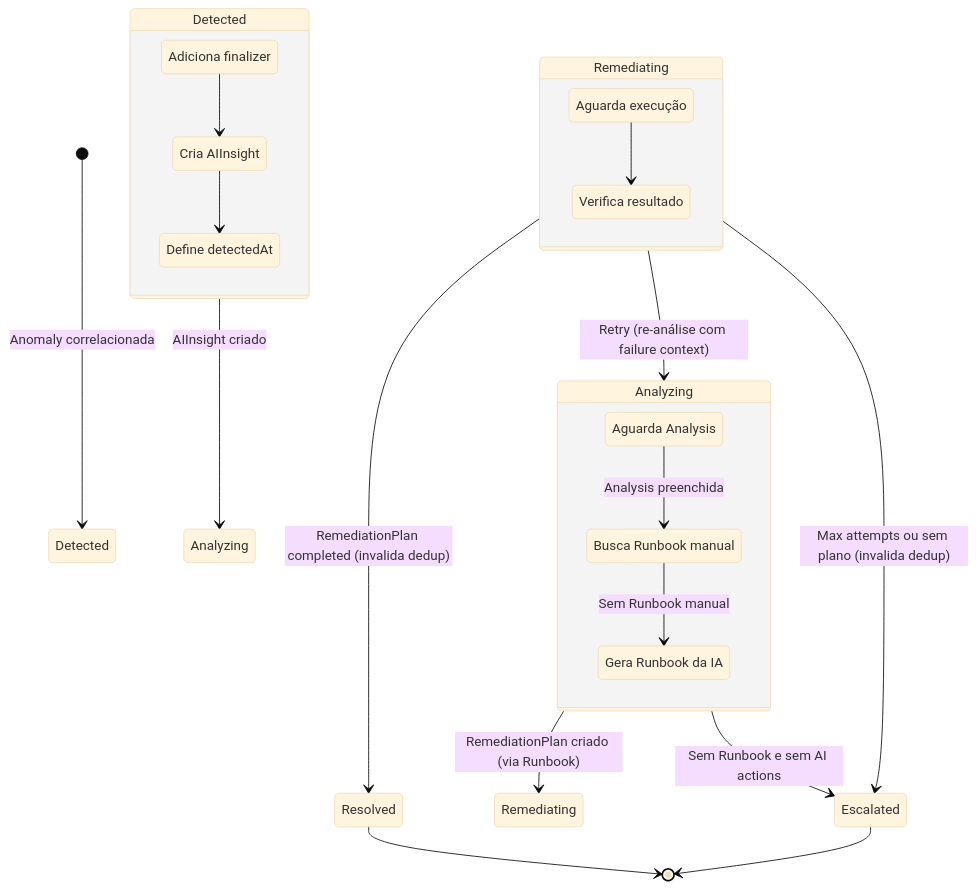
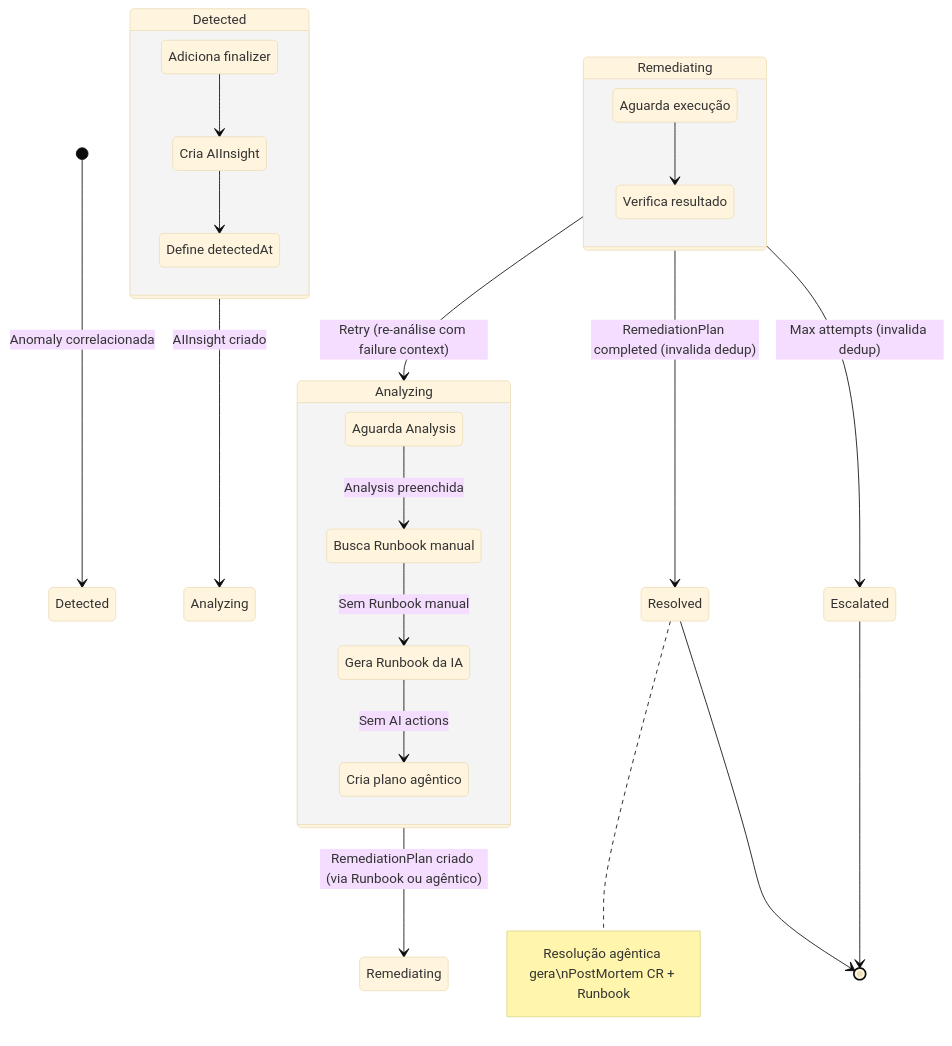
One commit to diillson/chatcli changed the second of 3 diagrams in ghpages/content/docs/features/aiops-platform.md. Above: the diagram before and after it, drawn with Mermaid (base theme). The commit also changed other lines of this file and 24 other files, not shown here.

First line of the commit message:
feat(operator): add agentic AI remediation and PostMortem CRD

````diff
--- a/ghpages/content/docs/features/aiops-platform.md
+++ b/ghpages/content/docs/features/aiops-platform.md
@@ -179,38 +194,41 @@
 ```mermaid
 stateDiagram-v2
     [*] --> Detected : Anomaly correlacionada
 
     state "Detected" as D {
         state "Adiciona finalizer" as D1
         state "Cria AIInsight" as D2
         state "Define detectedAt" as D3
         D1 --> D2
         D2 --> D3
     }
 
     D --> Analyzing : AIInsight criado
 
     state "Analyzing" as A {
         state "Aguarda Analysis" as A1
         state "Busca Runbook manual" as A2
         state "Gera Runbook da IA" as A3
+        state "Cria plano agêntico" as A4
         A1 --> A2 : Analysis preenchida
         A2 --> A3 : Sem Runbook manual
+        A3 --> A4 : Sem AI actions
     }
 
-    A --> Remediating : RemediationPlan criado (via Runbook)
-    A --> Escalated : Sem Runbook e sem AI actions
+    A --> Remediating : RemediationPlan criado (via Runbook ou agêntico)
 
     state "Remediating" as R {
         state "Aguarda execução" as R1
         state "Verifica resultado" as R2
         R1 --> R2
     }
 
     R --> Resolved : RemediationPlan completed (invalida dedup)
     R --> A : Retry (re-análise com failure context)
-    R --> Escalated : Max attempts ou sem plano (invalida dedup)
+    R --> Escalated : Max attempts (invalida dedup)
+
+    note right of Resolved : Resolução agêntica gera\nPostMortem CR + Runbook
 
     Resolved --> [*]
     Escalated --> [*]
 ```
````
